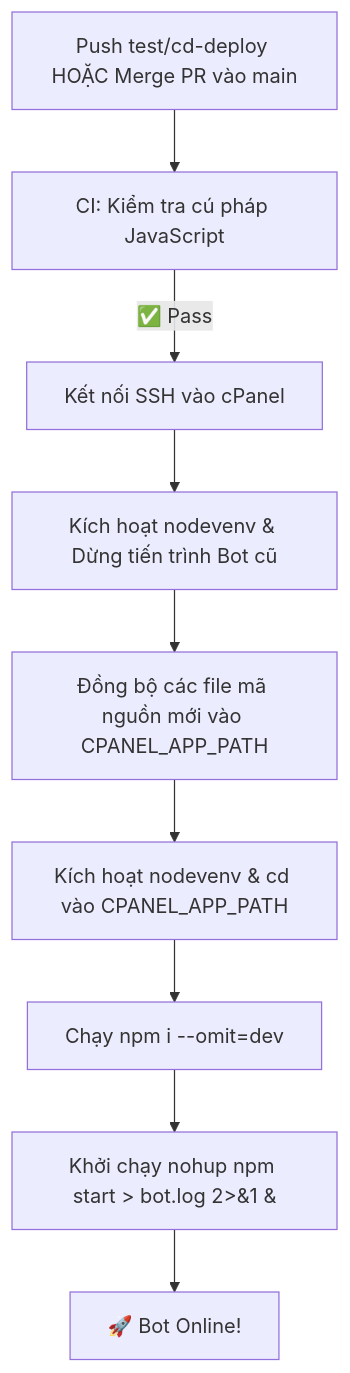
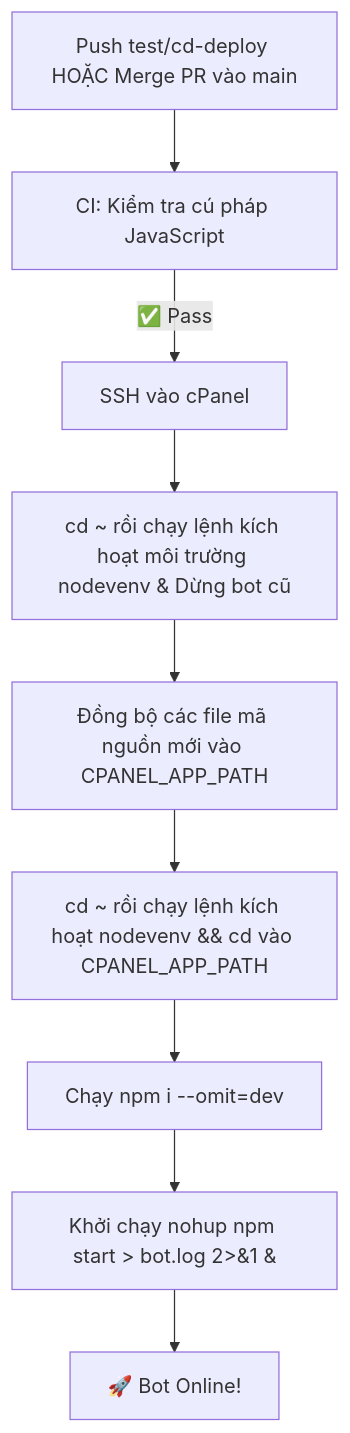
The diagram in docs/CICD_GUIDE.md (hoangbmt023/hoangnek_bot_discord), drawn with Mermaid before and after one commit. The commit also changed other lines of this file and 1 other file, not shown here.

Commit message:
ci(cd): bổ sung lệnh cd ~ và biến kích hoạt nodevenv trước khi npm install

````diff
--- a/docs/CICD_GUIDE.md
+++ b/docs/CICD_GUIDE.md
@@ -31,11 +32,11 @@
 ```mermaid
 flowchart TD
     A[Push test/cd-deploy HOẶC Merge PR vào main] --> B[CI: Kiểm tra cú pháp JavaScript]
-    B -->|✅ Pass| C[Kết nối SSH vào cPanel]
-    C --> D[Kích hoạt nodevenv & Dừng tiến trình Bot cũ]
+    B -->|✅ Pass| C[SSH vào cPanel]
+    C --> D[cd ~ rồi chạy lệnh kích hoạt môi trường nodevenv & Dừng bot cũ]
     D --> E[Đồng bộ các file mã nguồn mới vào CPANEL_APP_PATH]
-    E --> F[Kích hoạt nodevenv & cd vào CPANEL_APP_PATH]
+    E --> F[cd ~ rồi chạy lệnh kích hoạt nodevenv && cd vào CPANEL_APP_PATH]
     F --> G[Chạy npm i --omit=dev]
     G --> H[Khởi chạy nohup npm start > bot.log 2>&1 &]
     H --> I[🚀 Bot Online!]
 ```
````
